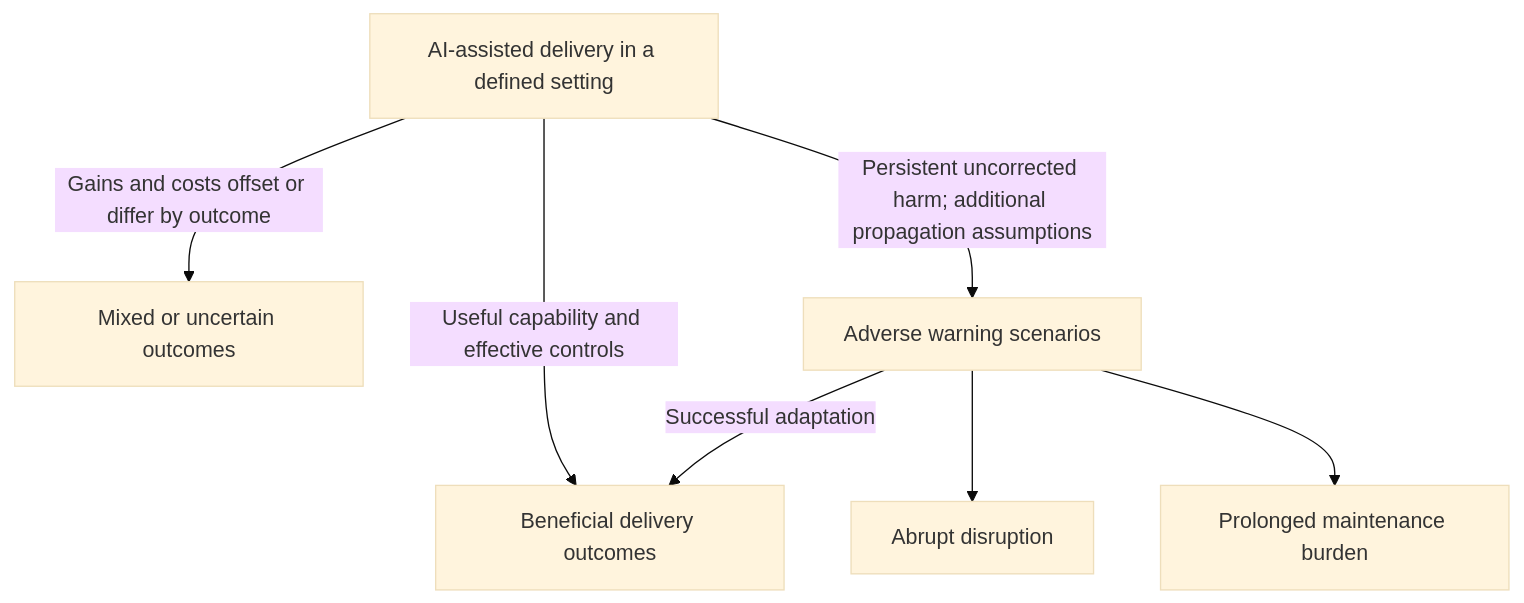
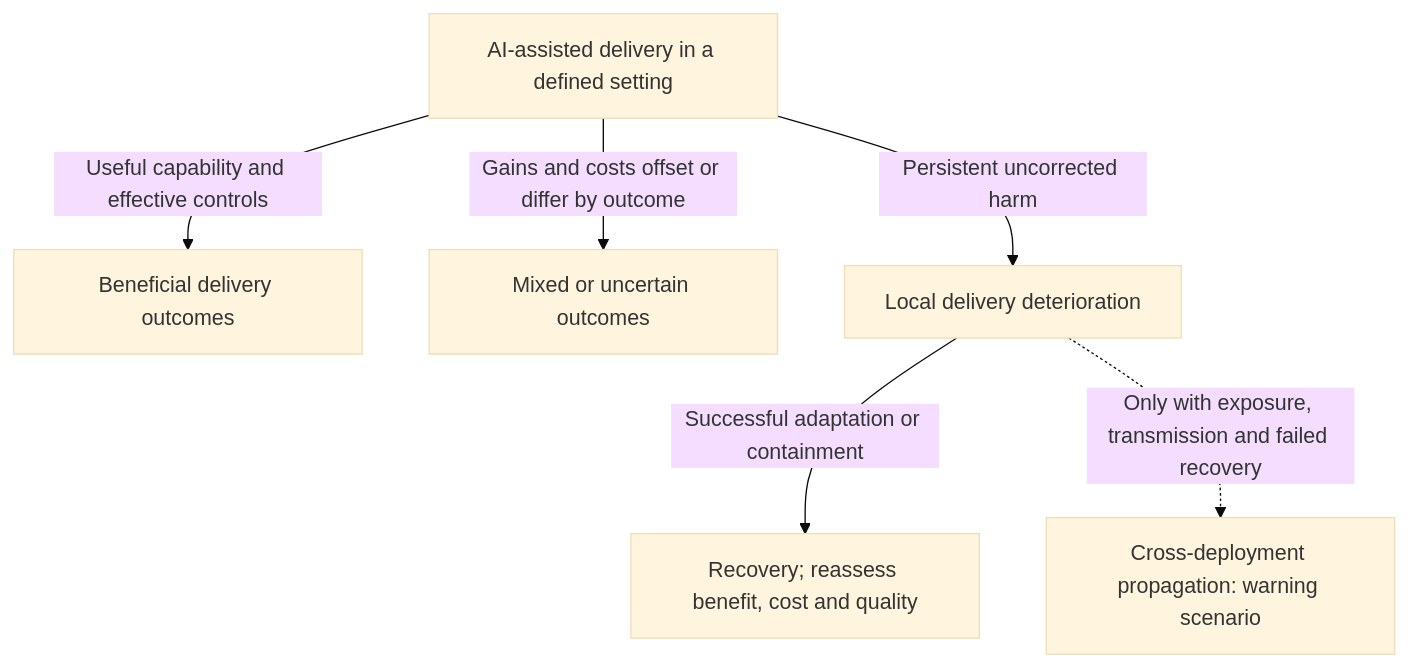
One commit to UncertaintyArchitectureGroup/The-Subprime-Code-Crisis changed the diagram in report/03_the_aftermath.md. Above: the diagram before and after it, drawn with Mermaid (base theme). The commit also changed other lines of this file and 14 other files, not shown here.

````diff
--- a/report/03_the_aftermath.md
+++ b/report/03_the_aftermath.md
@@ -38,9 +39,8 @@
 ```mermaid
 flowchart TD
     A["AI-assisted delivery in a defined setting"] -->|"Useful capability and effective controls"| B["Beneficial delivery outcomes"]
     A -->|"Gains and costs offset or differ by outcome"| C["Mixed or uncertain outcomes"]
-    A -->|"Persistent uncorrected harm; additional propagation assumptions"| D["Adverse warning scenarios"]
-    D --> E["Abrupt disruption"]
-    D --> F["Prolonged maintenance burden"]
-    D -->|"Successful adaptation"| B
+    A -->|"Persistent uncorrected harm"| D["Local delivery deterioration"]
+    D -->|"Successful adaptation or containment"| R["Recovery; reassess benefit, cost and quality"]
+    D -. "Only with exposure, transmission and failed recovery" .-> E["Cross-deployment propagation: warning scenario"]
 ```
````
